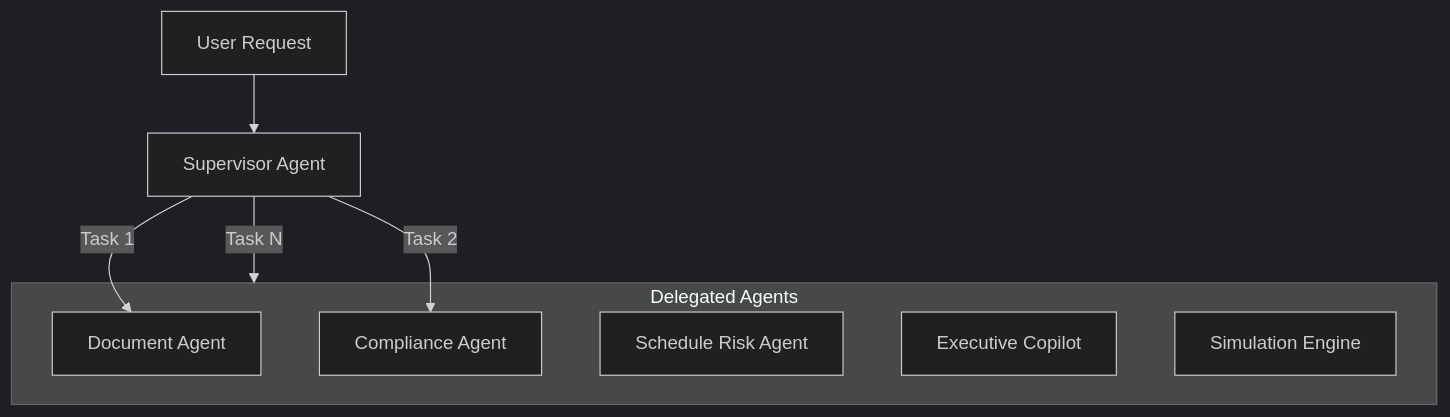
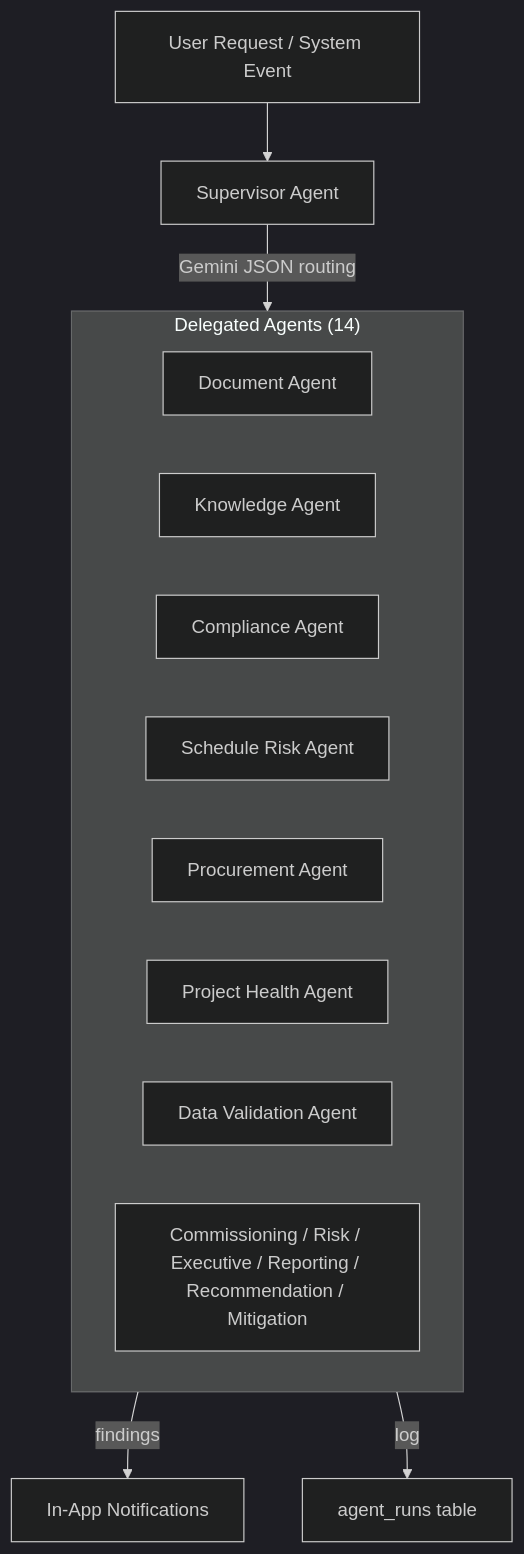
Before and after one commit to suryanshvermaa/DCBrain: the first of 3 diagrams in .ai/AI_PIPELINES.md, drawn with Mermaid (dark theme). The commit also changed other lines of this file and 47 other files, not shown here.

````diff
--- a/.ai/AI_PIPELINES.md
+++ b/.ai/AI_PIPELINES.md
@@ -4,16 +4,19 @@
 ```mermaid
 graph TD
-    UserQuery["User Request"] --> Supervisor["Supervisor Agent"]
+    UserQuery["User Request / System Event"] --> Supervisor["Supervisor Agent"]
     
-    subgraph Agents ["Delegated Agents"]
+    subgraph Agents ["Delegated Agents (14)"]
         DocAgent["Document Agent"]
+        KnowAgent["Knowledge Agent"]
         CompAgent["Compliance Agent"]
         SchedAgent["Schedule Risk Agent"]
-        ExecAgent["Executive Copilot"]
-        SimAgent["Simulation Engine"]
+        ProcAgent["Procurement Agent"]
+        HealthAgent["Project Health Agent"]
+        ValidAgent["Data Validation Agent"]
+        OtherAgents["Commissioning / Risk / Executive / Reporting / Recommendation / Mitigation"]
     end
     
-    Supervisor -->|Task 1| DocAgent
-    Supervisor -->|Task 2| CompAgent
-    Supervisor -->|Task N| Agents
+    Supervisor -->|Gemini JSON routing| Agents
+    Agents -->|findings| Notifications["In-App Notifications"]
+    Agents -->|log| AgentRuns["agent_runs table"]
 ```
````
